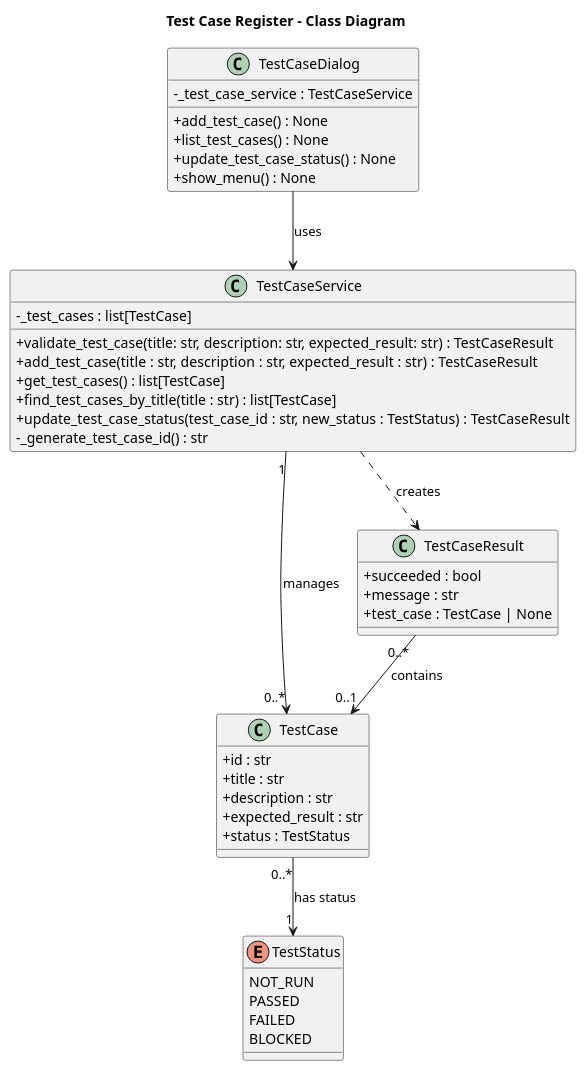
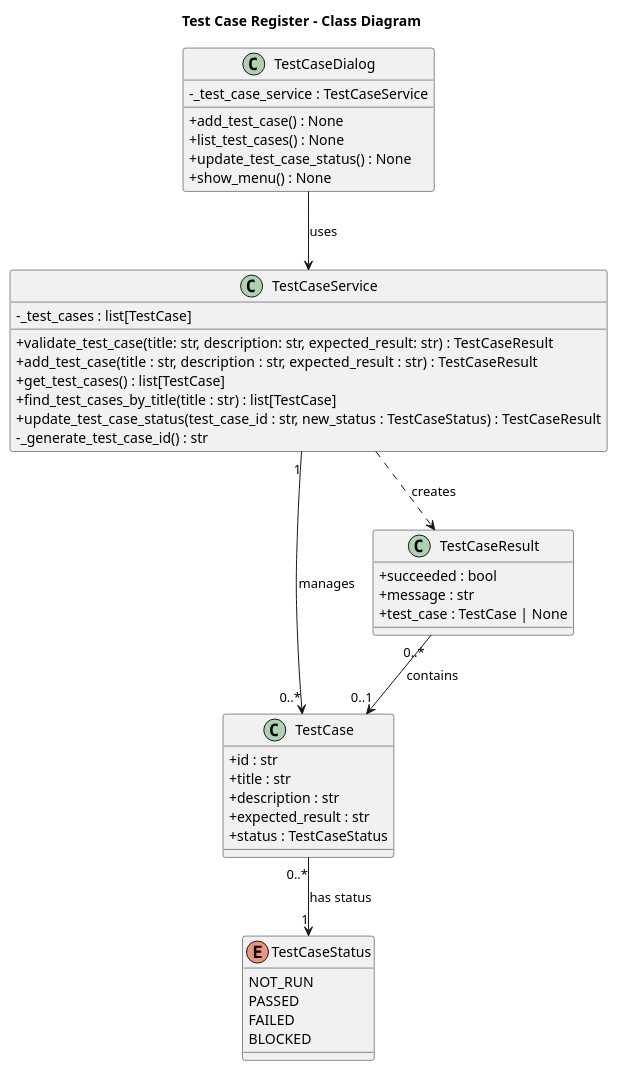
One commit to h-jungar/OOP changed the diagram in test_case_register-app/tc_class_diagram.puml. Above: the diagram before and after it, drawn with PlantUML.

Commit message:
Updated class name
Updated class name of TestStatus to TestCaseStatus to be in accordance with program

```diff
--- a/test_case_register-app/tc_class_diagram.puml
+++ b/test_case_register-app/tc_class_diagram.puml
@@ -1,52 +1,52 @@
 @startuml classdiagram
     title Test Case Register - Class Diagram
 
     skinparam classAttributeIconSize 0
 
     class TestCase {
         +id : str
         +title : str
         +description : str
         +expected_result : str
-        +status : TestStatus
+        +status : TestCaseStatus
     }
 
-    enum TestStatus {
+    enum TestCaseStatus {
         NOT_RUN
         PASSED
         FAILED
         BLOCKED
     }
 
     class TestCaseResult {
         +succeeded : bool
         +message : str
         +test_case : TestCase | None
     }
 
     class TestCaseService {
         -_test_cases : list[TestCase]
         +validate_test_case(title: str, description: str, expected_result: str) : TestCaseResult
         +add_test_case(title : str, description : str, expected_result : str) : TestCaseResult
         +get_test_cases() : list[TestCase]
         +find_test_cases_by_title(title : str) : list[TestCase]
-        +update_test_case_status(test_case_id : str, new_status : TestStatus) : TestCaseResult
+        +update_test_case_status(test_case_id : str, new_status : TestCaseStatus) : TestCaseResult
         -_generate_test_case_id() : str
 }
 
     class TestCaseDialog {
         -_test_case_service : TestCaseService
         +add_test_case() : None
         +list_test_cases() : None
         +update_test_case_status() : None
         +show_menu() : None
     }
 
     ' Relationships
     TestCaseDialog --> TestCaseService : uses
     TestCaseService "1" --> "0..*" TestCase : manages
     TestCaseService ..> TestCaseResult : creates
     TestCaseResult "0..*" --> "0..1" TestCase : contains
-    TestCase "0..*" --> "1" TestStatus : has status
+    TestCase "0..*" --> "1" TestCaseStatus : has status
 
 @enduml
```
